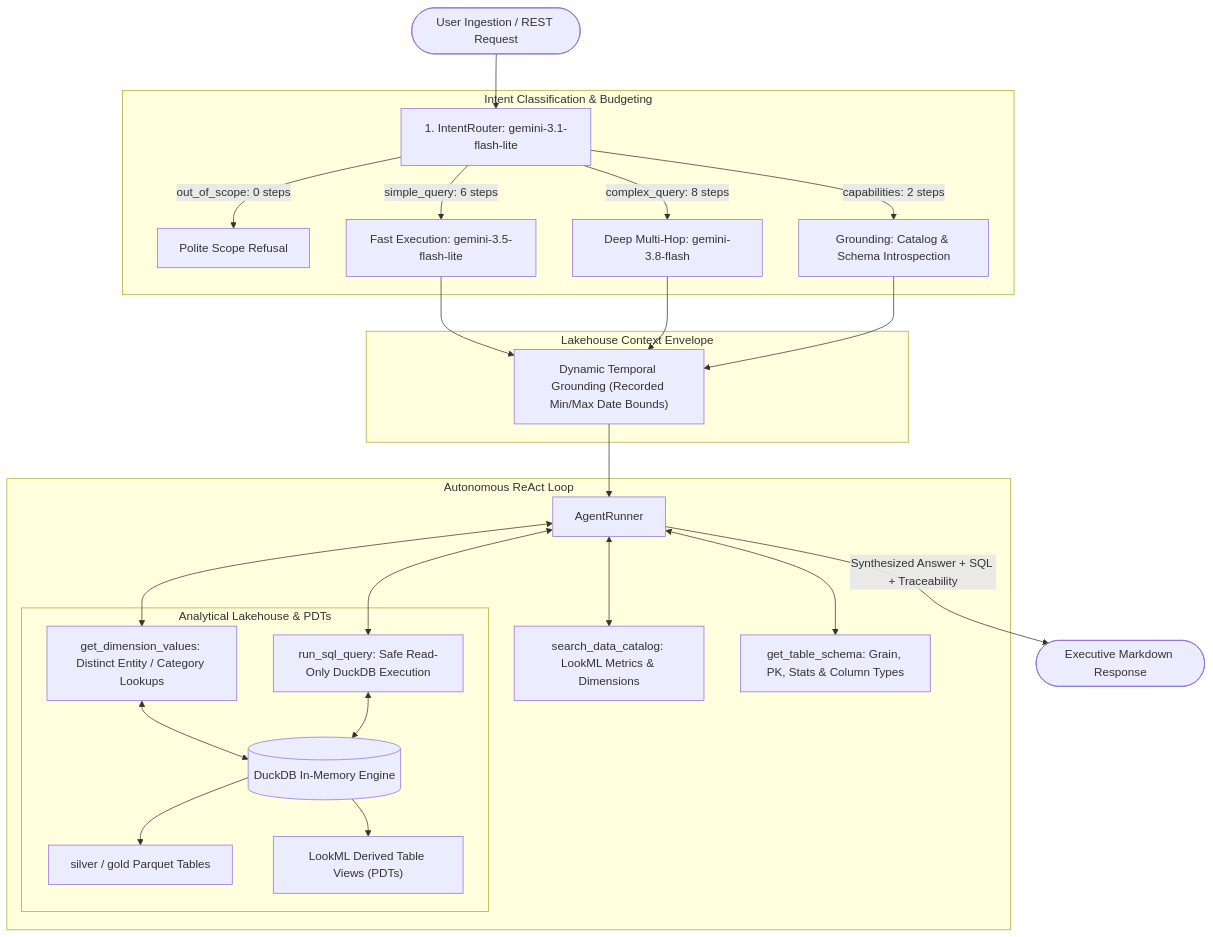
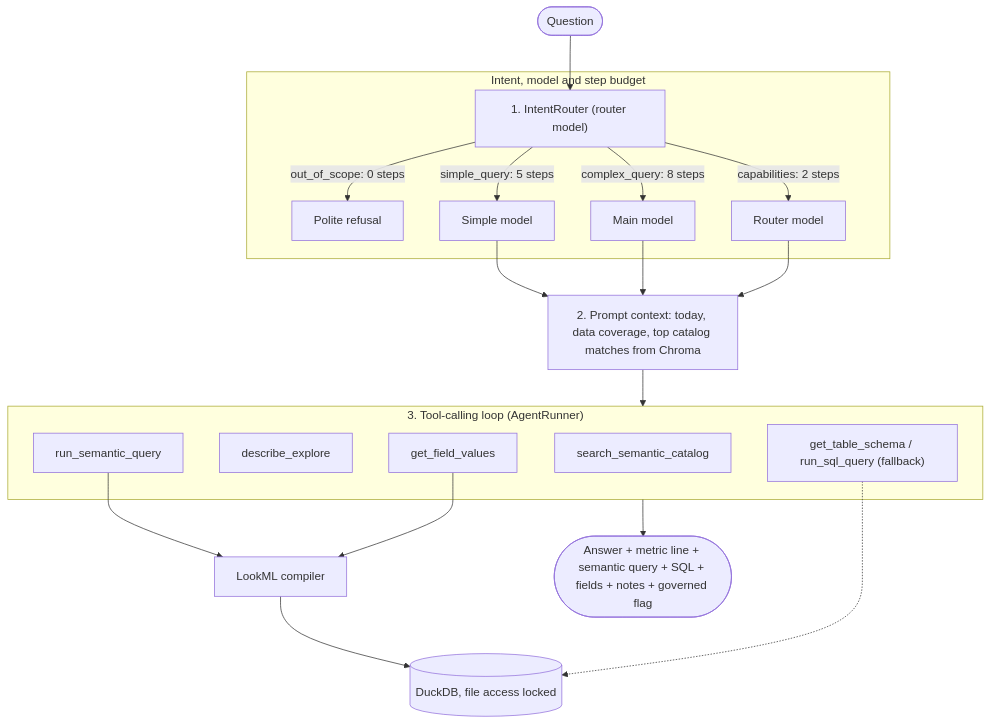
The diagram in docs/architecture/agent_architecture.md (carlosgilroa/ai-data-agent), drawn with Mermaid before and after one commit. The commit also changed other lines of this file and 4 other files, not shown here.

````diff
--- a/docs/architecture/agent_architecture.md
+++ b/docs/architecture/agent_architecture.md
@@ -11,34 +11,29 @@
 ```mermaid
 flowchart TD
-    User([User Ingestion / REST Request]) --> Router[1. IntentRouter: gemini-3.1-flash-lite]
-    
-    subgraph RoutingDecision["Intent Classification & Budgeting"]
-        Router -->|out_of_scope: 0 steps| OOS[Polite Scope Refusal]
-        Router -->|capabilities: 2 steps| Cap[Grounding: Catalog & Schema Introspection]
-        Router -->|simple_query: 6 steps| Simple[Fast Execution: gemini-3.5-flash-lite]
-        Router -->|complex_query: 8 steps| Complex[Deep Multi-Hop: gemini-3.8-flash]
+    User([Question]) --> Router["1. IntentRouter (router model)"]
+
+    subgraph Routing["Intent, model and step budget"]
+        Router -->|out_of_scope: 0 steps| OOS[Polite refusal]
+        Router -->|capabilities: 2 steps| Cap[Router model]
+        Router -->|simple_query: 5 steps| Simple[Simple model]
+        Router -->|complex_query: 8 steps| Complex[Main model]
     end
 
-    subgraph RuntimeEnvelope["Lakehouse Context Envelope"]
-        Simple --> Env["Dynamic Temporal Grounding (Recorded Min/Max Date Bounds)"]
-        Complex --> Env
-        Cap --> Env
+    Simple --> Ctx
+    Complex --> Ctx
+    Cap --> Ctx
+    Ctx["2. Prompt context: today, data coverage, top catalog matches from Chroma"] --> Loop
+
+    subgraph Loop["3. Tool-calling loop (AgentRunner)"]
+        T1[search_semantic_catalog]
+        T2[describe_explore]
+        T3[get_field_values]
+        T4[run_semantic_query]
+        T5["get_table_schema / run_sql_query (fallback)"]
     end
 
-    subgraph AgentLoop["Autonomous ReAct Loop"]
-        Env --> Runner[AgentRunner]
-        Runner <--> T1["search_data_catalog: LookML Metrics & Dimensions"]
-        Runner <--> T2["get_table_schema: Grain, PK, Stats & Column Types"]
-        Runner <--> T3["get_dimension_values: Distinct Entity / Category Lookups"]
-        Runner <--> T4["run_sql_query: Safe Read-Only DuckDB Execution"]
-        
-        subgraph Lakehouse["Analytical Lakehouse & PDTs"]
-            T3 <--> DuckDB[(DuckDB In-Memory Engine)]
-            T4 <--> DuckDB
-            DuckDB --> Parquet["silver / gold Parquet Tables"]
-            DuckDB --> LookMLPDT["LookML Derived Table Views (PDTs)"]
-        end
-    end
-
-    Runner -->|Synthesized Answer + SQL + Traceability| Output([Executive Markdown Response])
+    T4 --> Compiler["LookML compiler"] --> DuckDB[(DuckDB, file access locked)]
+    T3 --> Compiler
+    T5 -.-> DuckDB
+    Loop --> Out(["Answer + metric line + semantic query + SQL + fields + notes + governed flag"])
 ```
````
